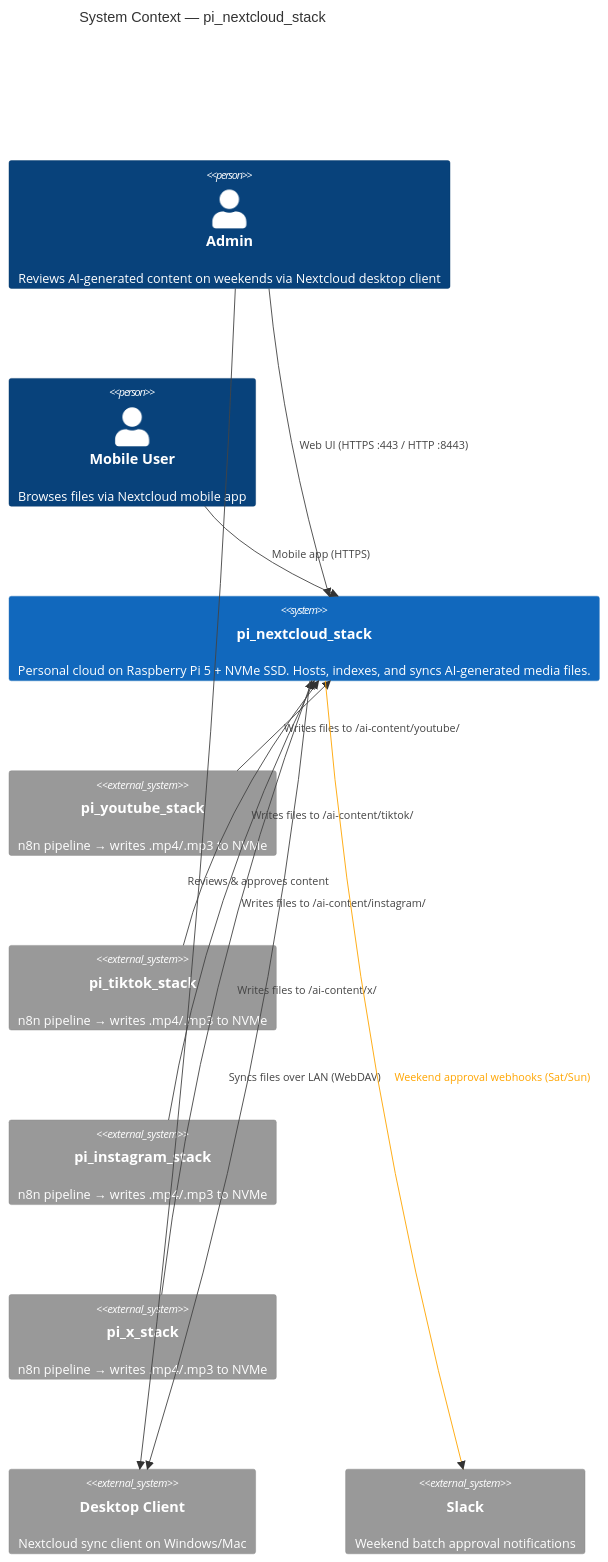
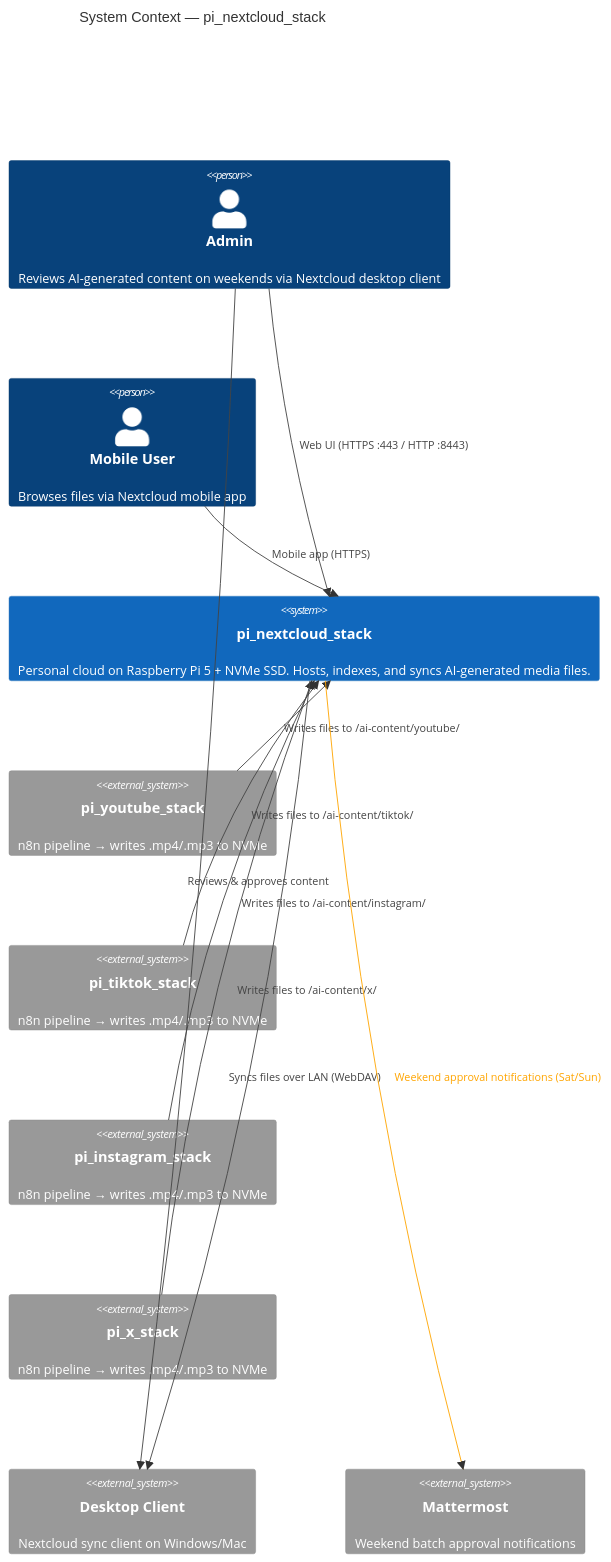
One commit to Adamo-97/pi_setup changed the first of 3 diagrams in pi_nextcloud_stack/README.md. Above: the diagram before and after it, drawn with Mermaid. The commit also changed other lines of this file and 39 other files, not shown here.

First line of the commit message:
Refactor to integrate Mattermost for notifications and approvals

````diff
--- a/pi_nextcloud_stack/README.md
+++ b/pi_nextcloud_stack/README.md
@@ -11,28 +11,28 @@
 ```mermaid
 C4Context
     title System Context — pi_nextcloud_stack
 
     Person(admin, "Admin", "Reviews AI-generated content on weekends via Nextcloud desktop client")
     Person(mobile, "Mobile User", "Browses files via Nextcloud mobile app")
 
     System(nextcloud_stack, "pi_nextcloud_stack", "Personal cloud on Raspberry Pi 5 + NVMe SSD. Hosts, indexes, and syncs AI-generated media files.")
 
     System_Ext(youtube, "pi_youtube_stack", "n8n pipeline → writes .mp4/.mp3 to NVMe")
     System_Ext(tiktok, "pi_tiktok_stack", "n8n pipeline → writes .mp4/.mp3 to NVMe")
     System_Ext(instagram, "pi_instagram_stack", "n8n pipeline → writes .mp4/.mp3 to NVMe")
     System_Ext(x_stack, "pi_x_stack", "n8n pipeline → writes .mp4/.mp3 to NVMe")
     System_Ext(desktop, "Desktop Client", "Nextcloud sync client on Windows/Mac")
-    System_Ext(slack, "Slack", "Weekend batch approval notifications")
+    System_Ext(mattermost, "Mattermost", "Weekend batch approval notifications")
 
     Rel(youtube, nextcloud_stack, "Writes files to /ai-content/youtube/")
     Rel(tiktok, nextcloud_stack, "Writes files to /ai-content/tiktok/")
     Rel(instagram, nextcloud_stack, "Writes files to /ai-content/instagram/")
     Rel(x_stack, nextcloud_stack, "Writes files to /ai-content/x/")
     Rel(nextcloud_stack, desktop, "Syncs files over LAN (WebDAV)")
     Rel(admin, desktop, "Reviews & approves content")
     Rel(admin, nextcloud_stack, "Web UI (HTTPS :443 / HTTP :8443)")
     Rel(mobile, nextcloud_stack, "Mobile app (HTTPS)")
-    Rel(nextcloud_stack, slack, "Weekend approval webhooks (Sat/Sun)")
+    Rel(nextcloud_stack, mattermost, "Weekend approval notifications (Sat/Sun)")
 
-    UpdateRelStyle(nextcloud_stack, slack, $lineColor="orange", $textColor="orange")
+    UpdateRelStyle(nextcloud_stack, mattermost, $lineColor="orange", $textColor="orange")
 ```
````
